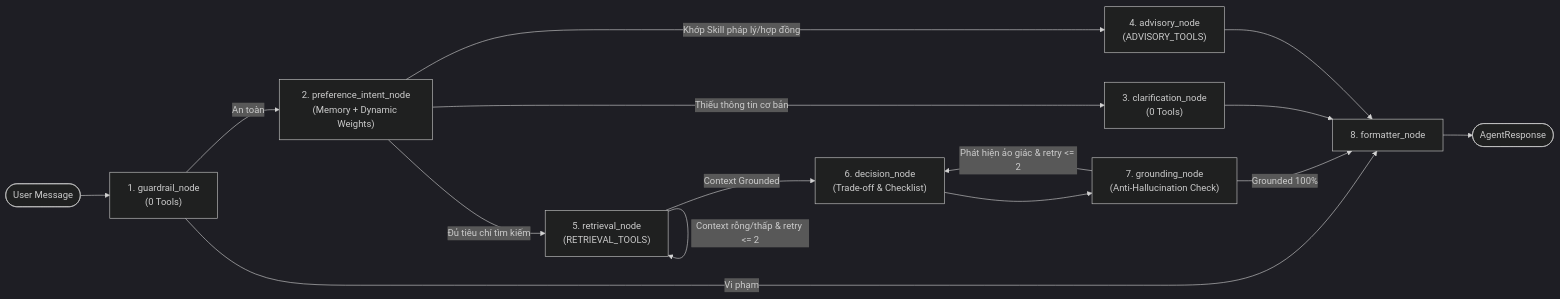
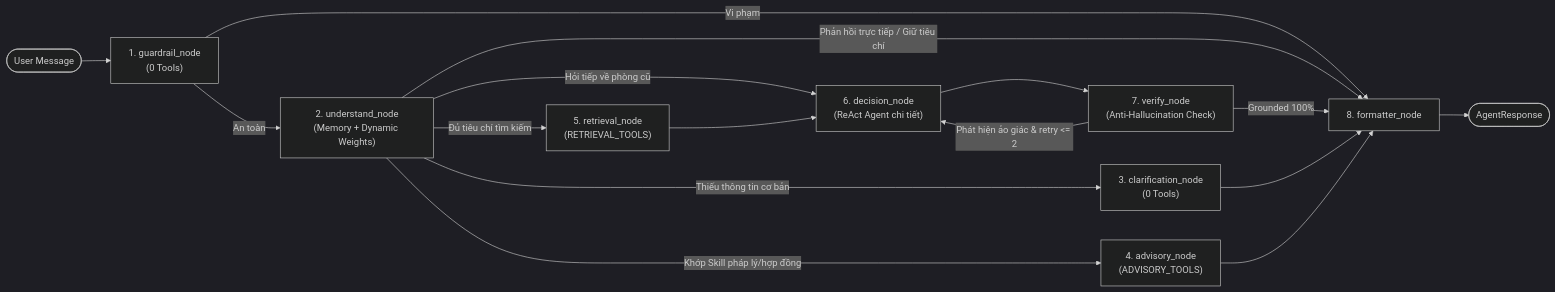
Before and after one commit to undead04/intelligent-room-rental: the diagram in ai-agent/README.md, drawn with Mermaid (dark theme). The commit also changed other lines of this file and 75 other files, not shown here.

````diff
--- a/ai-agent/README.md
+++ b/ai-agent/README.md
@@ -9,17 +9,18 @@
 ```mermaid
 flowchart LR
     START([User Message]) --> N1["1. guardrail_node\n(0 Tools)"]
     N1 -->|Vi phạm| N8["8. formatter_node"]
-    N1 -->|An toàn| N2["2. preference_intent_node\n(Memory + Dynamic Weights)"]
+    N1 -->|An toàn| N2["2. understand_node\n(Memory + Dynamic Weights)"]
     N2 -->|Khớp Skill pháp lý/hợp đồng| N4["4. advisory_node\n(ADVISORY_TOOLS)"]
     N2 -->|Thiếu thông tin cơ bản| N3["3. clarification_node\n(0 Tools)"]
+    N2 -->|Phản hồi trực tiếp / Giữ tiêu chí| N8
+    N2 -->|Hỏi tiếp về phòng cũ| N6["6. decision_node\n(ReAct Agent chi tiết)"]
     N2 -->|Đủ tiêu chí tìm kiếm| N5["5. retrieval_node\n(RETRIEVAL_TOOLS)"]
-    N5 -->|Context rỗng/thấp & retry <= 2| N5
-    N5 -->|Context Grounded| N6["6. decision_node\n(Trade-off & Checklist)"]
-    N6 --> N7["7. grounding_node\n(Anti-Hallucination Check)"]
+    N5 --> N6
+    N6 --> N7["7. verify_node\n(Anti-Hallucination Check)"]
     N7 -->|Phát hiện ảo giác & retry <= 2| N6
     N7 -->|Grounded 100%| N8
     N3 --> N8
     N4 --> N8
     N8 --> END([AgentResponse])
 ```
````
